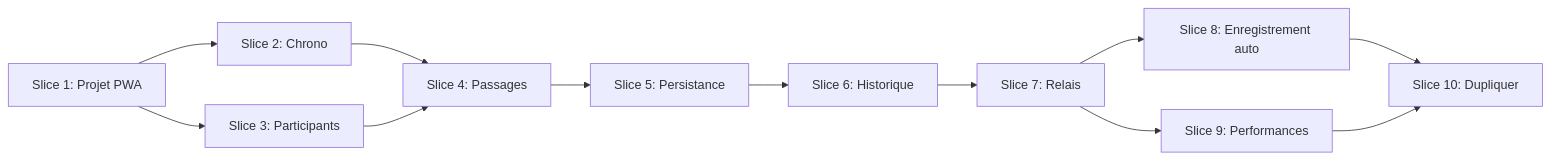
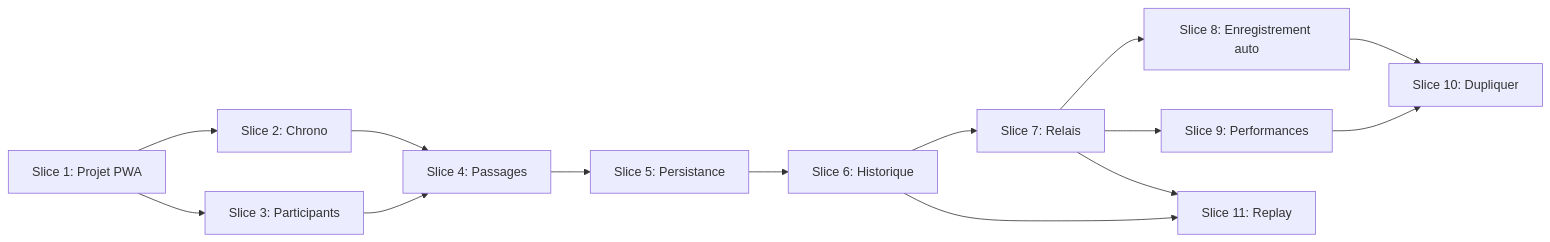
Before and after one commit to plamarque/chrono-eps: the diagram in docs/PLAN.md, drawn with Mermaid. The commit also changed other lines of this file and 8 other files, not shown here.

First line of the commit message:
feat(replay): Slice 11 - Replay de course avec piste virtuelle

````diff
--- a/docs/PLAN.md
+++ b/docs/PLAN.md
@@ -197,25 +215,28 @@
 ```mermaid
 flowchart LR
     S1[Slice 1: Projet PWA]
     S2[Slice 2: Chrono]
     S3[Slice 3: Participants]
     S4[Slice 4: Passages]
     S5[Slice 5: Persistance]
     S6[Slice 6: Historique]
     S7[Slice 7: Relais]
     S8[Slice 8: Enregistrement auto]
     S9[Slice 9: Performances]
     S10[Slice 10: Dupliquer]
+    S11[Slice 11: Replay]
     
     S1 --> S2
     S1 --> S3
     S2 --> S4
     S3 --> S4
     S4 --> S5
     S5 --> S6
     S6 --> S7
     S7 --> S8
     S7 --> S9
     S8 --> S10
     S9 --> S10
+    S6 --> S11
+    S7 --> S11
 ```
````
